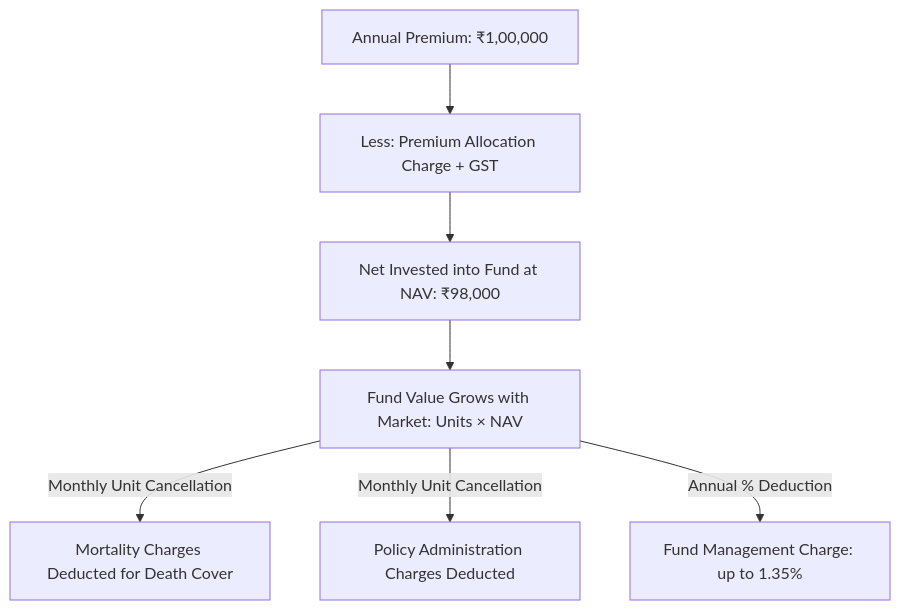
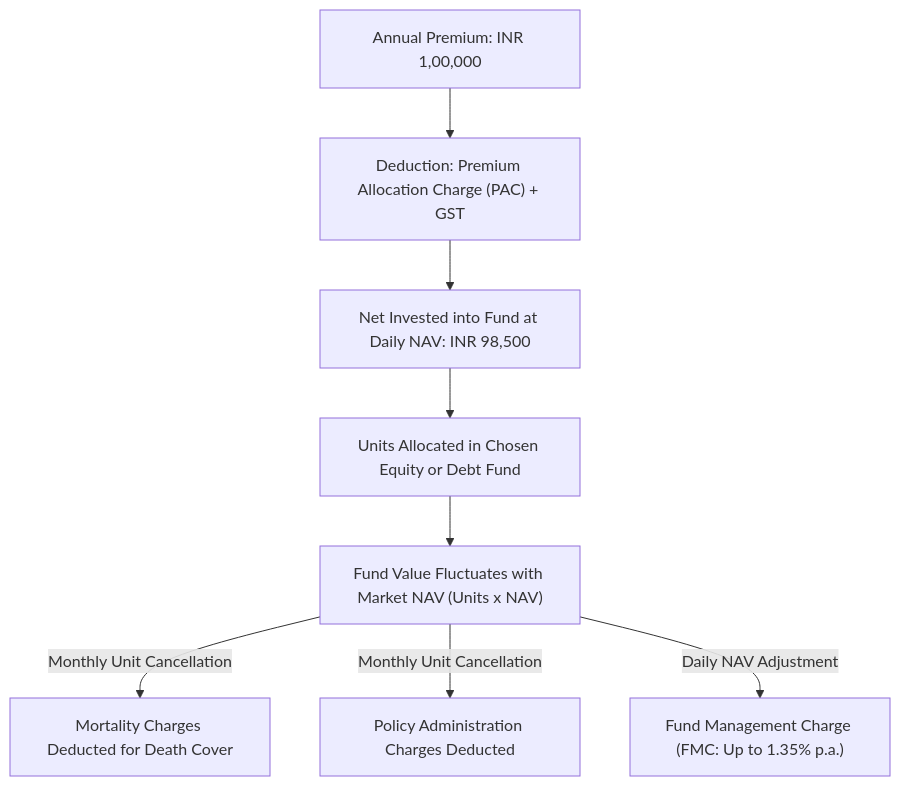
Before and after one commit to chirag127/cover-and-capital-india: the diagram in src/content/articles/ulips-explained-charges-fund-value-tax.mdx, drawn with Mermaid. The commit also changed other lines of this file and 19 other files, not shown here.

Commit message:
feat: expand cornerstone guides with deep problem-solving analysis, Policybazaar plan breakdowns, and Mermaid renderer

````diff
--- a/src/content/articles/ulips-explained-charges-fund-value-tax.mdx
+++ b/src/content/articles/ulips-explained-charges-fund-value-tax.mdx
@@ -57,9 +71,12 @@
 ```mermaid
 flowchart TD
-    P[Annual Premium: ₹1,00,000] --> PAC[Less: Premium Allocation Charge + GST]
-    PAC --> INV[Net Invested into Fund at NAV: ₹98,000]
-    INV --> FV[Fund Value Grows with Market: Units × NAV]
-    FV -->|Monthly Unit Cancellation| MC[Mortality Charges Deducted for Death Cover]
-    FV -->|Monthly Unit Cancellation| AC[Policy Administration Charges Deducted]
-    FV -->|Annual % Deduction| FMC[Fund Management Charge: up to 1.35%]
+    P["Annual Premium: INR 1,00,000"] --> PAC["Deduction: Premium Allocation Charge (PAC) + GST"]
+    PAC --> NetInv["Net Invested into Fund at Daily NAV: INR 98,500"]
+    NetInv --> Units["Units Allocated in Chosen Equity or Debt Fund"]
+    
+    Units --> Growth["Fund Value Fluctuates with Market NAV (Units x NAV)"]
+    
+    Growth -->|Monthly Unit Cancellation| MC["Mortality Charges Deducted for Death Cover"]
+    Growth -->|Monthly Unit Cancellation| Admin["Policy Administration Charges Deducted"]
+    Growth -->|Daily NAV Adjustment| FMC["Fund Management Charge (FMC: Up to 1.35% p.a.)"]
 ```
````
